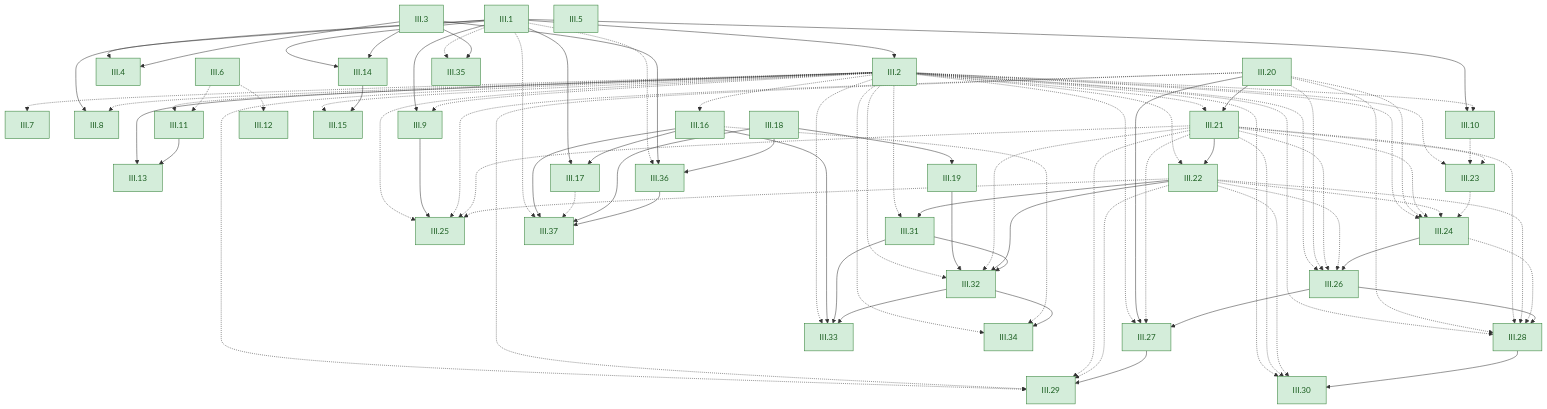
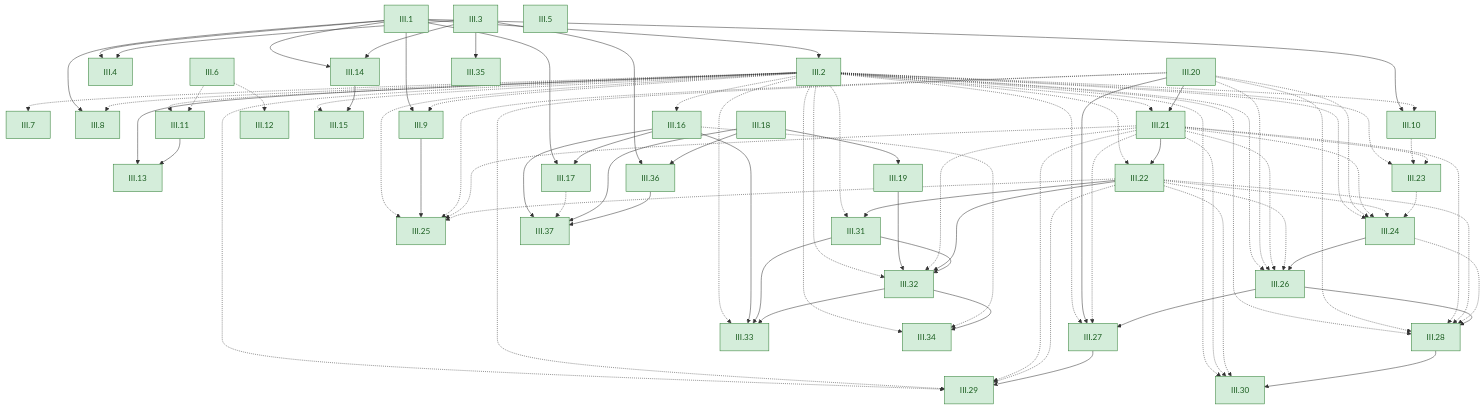
One commit to dodecaplex-co/stoicheia changed the sixth of 6 diagrams in GRAPH.md. Above: the diagram before and after it, drawn with Mermaid. The commit also changed other lines of this file and 38 other files, not shown here.

```diff
--- a/GRAPH.md
+++ b/GRAPH.md
@@ -874,12 +874,9 @@
   III2 -.-> III34
   III16 -.-> III34
   III32 --> III34
-  III1 -.-> III35
   III3 --> III35
-  III1 -.-> III36
   III3 --> III36
   III18 --> III36
-  III1 -.-> III37
   III16 --> III37
   III17 -.-> III37
   III18 --> III37
```
